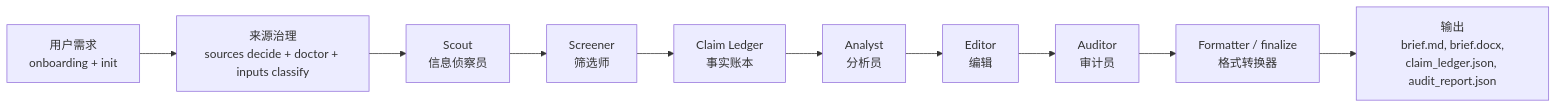
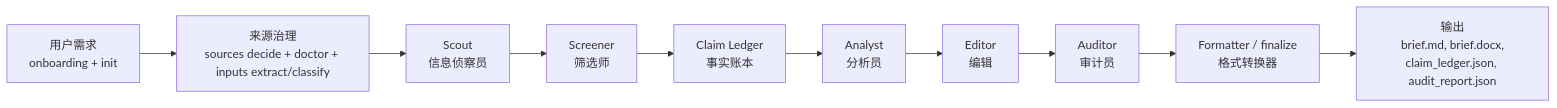
One commit to Stahl-G/briefloop changed the diagram in docs/architecture.zh-CN.md. Above: the diagram before and after it, drawn with Mermaid. The commit also changed other lines of this file and 37 other files, not shown here.

````diff
--- a/docs/architecture.zh-CN.md
+++ b/docs/architecture.zh-CN.md
@@ -7,12 +7,12 @@
 ```mermaid
 flowchart LR
-  A["用户需求<br/>onboarding + init"] --> B["来源治理<br/>sources decide + doctor + inputs classify"]
+  A["用户需求<br/>onboarding + init"] --> B["来源治理<br/>sources decide + doctor + inputs extract/classify"]
   B --> C["Scout<br/>信息侦察员"]
   C --> D["Screener<br/>筛选师"]
   D --> E["Claim Ledger<br/>事实账本"]
   E --> F["Analyst<br/>分析员"]
   F --> G["Editor<br/>编辑"]
   G --> H["Auditor<br/>审计员"]
   H --> I["Formatter / finalize<br/>格式转换器"]
   I --> J["输出<br/>brief.md, brief.docx,<br/>claim_ledger.json, audit_report.json"]
 ```
````
